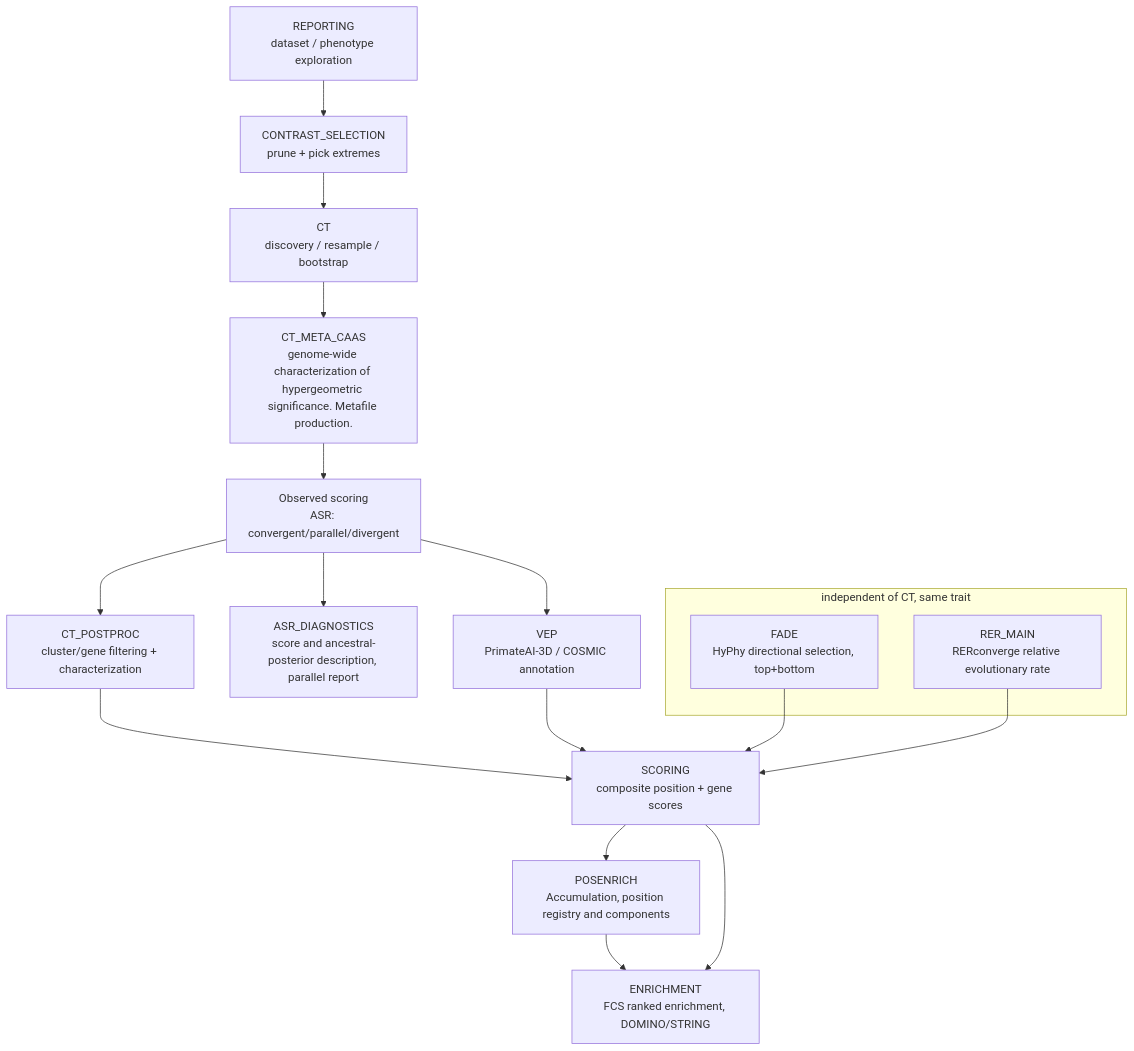
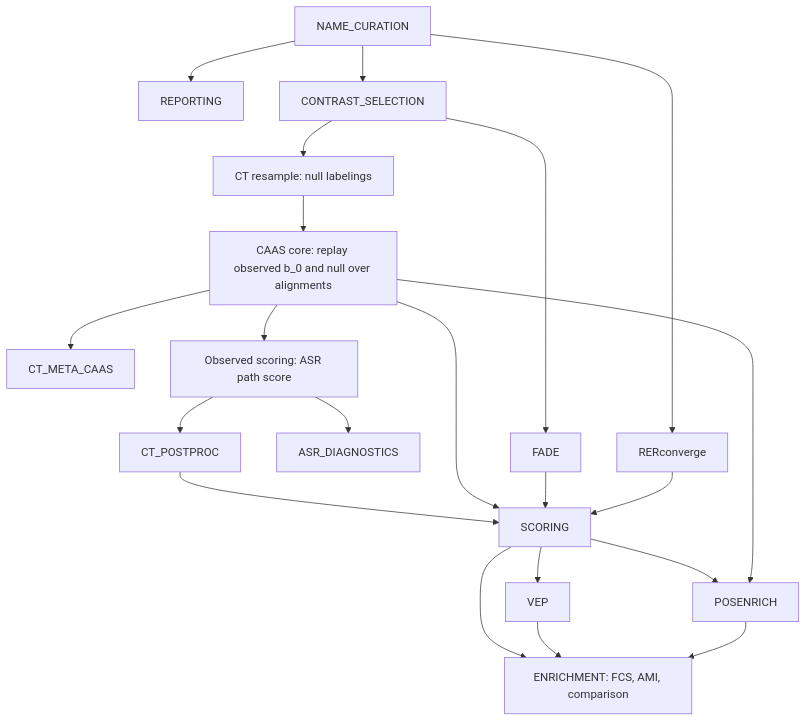
One commit to nozerorma/PhyloPhere changed the diagram in README.md. Above: the diagram before and after it, drawn with Mermaid. The commit also changed other lines of this file and 30 other files, not shown here.

````diff
--- a/README.md
+++ b/README.md
@@ -88,21 +84,23 @@
 ```mermaid
 flowchart TD
-    A[REPORTING\ndataset / phenotype exploration] --> B[CONTRAST_SELECTION\nprune + pick extremes]
-    B --> C[CT\ndiscovery / resample / bootstrap]
-    C --> D[CT_META_CAAS\ngenome-wide characterization of hypergeometric significance. Metafile production.]
-    D --> E[Observed scoring\nASR: convergent/parallel/divergent]
-    E --> E2[ASR_DIAGNOSTICS\nscore and ancestral-posterior description, parallel report]
-    E --> F[CT_POSTPROC\ncluster/gene filtering + characterization]
-    E --> H[VEP\nPrimateAI-3D / COSMIC annotation]
-    subgraph independent[independent of CT, same trait]
-      I[FADE\nHyPhy directional selection, top+bottom]
-      J[RER_MAIN\nRERconverge relative evolutionary rate]
-    end
-    F --> K[SCORING\ncomposite position + gene scores]
-    H --> K
-    I --> K
-    J --> K
-    K --> P[POSENRICH\nAccumulation, position registry and components]
-    P --> L[ENRICHMENT\nFCS ranked enrichment, DOMINO/STRING]
-    K --> L
+    NC[NAME_CURATION] --> REP[REPORTING]
+    NC --> CS[CONTRAST_SELECTION]
+    CS --> RS[CT resample: null labelings]
+    RS --> CORE[CAAS core: replay observed b_0 and null over alignments]
+    CORE --> META[CT_META_CAAS]
+    CORE --> DIS[Observed scoring: ASR path score]
+    DIS --> PP[CT_POSTPROC]
+    DIS --> ASRD[ASR_DIAGNOSTICS]
+    CS --> FADE[FADE]
+    NC --> RER[RERconverge]
+    PP --> SC[SCORING]
+    CORE --> SC
+    FADE --> SC
+    RER --> SC
+    SC --> VEP[VEP]
+    SC --> POS[POSENRICH]
+    CORE --> POS
+    SC --> ENR[ENRICHMENT: FCS, AMI, comparison]
+    VEP --> ENR
+    POS --> ENR
 ```
````
